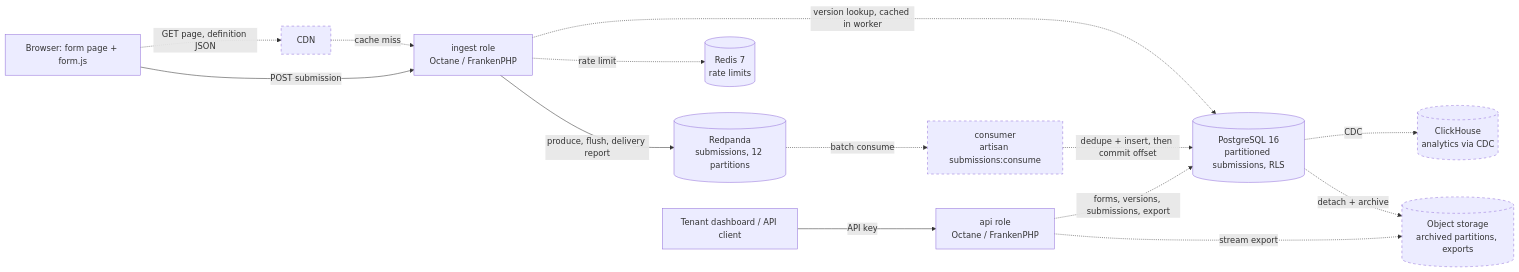
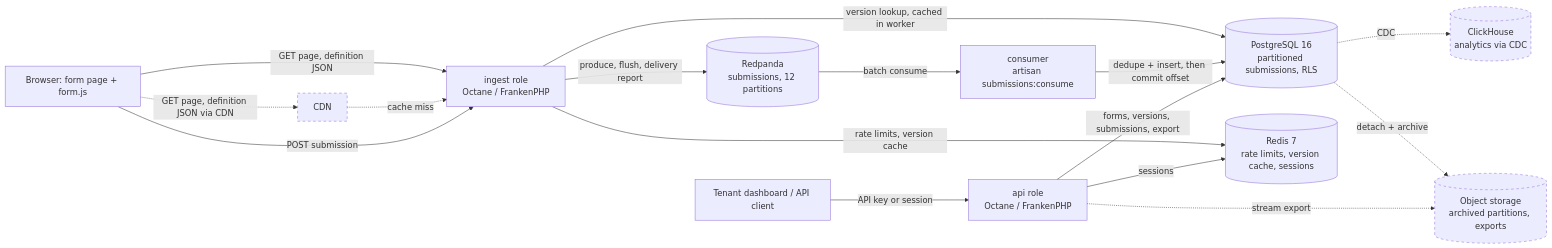
One commit to ajaypaju/webform changed the first of 2 diagrams in ARCHITECTURE.md. Above: the diagram before and after it, drawn with Mermaid. The commit also changed other lines of this file, not shown here.

Commit message:
test: make every test file self-sufficient and stop leaking database connections

````diff
--- a/ARCHITECTURE.md
+++ b/ARCHITECTURE.md
@@ -74,30 +72,32 @@
 ```mermaid
 flowchart LR
     B[Browser: form page + form.js]
     CDN[CDN]:::designed
     ING[ingest role<br/>Octane / FrankenPHP]
     API[api role<br/>Octane / FrankenPHP]
     RP[(Redpanda<br/>submissions, 12 partitions)]
-    CONS[consumer<br/>artisan submissions:consume]:::designed
+    CONS[consumer<br/>artisan submissions:consume]
     PG[(PostgreSQL 16<br/>partitioned submissions, RLS)]
-    RD[(Redis 7<br/>rate limits)]
+    RD[(Redis 7<br/>rate limits, version cache, sessions)]
     OS[(Object storage<br/>archived partitions, exports)]:::designed
     CH[(ClickHouse<br/>analytics via CDC)]:::designed
     T[Tenant dashboard / API client]
 
-    B -.->|GET page, definition JSON| CDN
+    B -->|GET page, definition JSON| ING
+    B -.->|GET page, definition JSON via CDN| CDN
     CDN -.->|cache miss| ING
     B -->|POST submission| ING
     ING -->|produce, flush, delivery report| RP
-    ING -.->|rate limit| RD
-    ING -.->|version lookup, cached in worker| PG
-    RP -.->|batch consume| CONS
-    CONS -.->|dedupe + insert, then commit offset| PG
-    T -->|API key| API
-    API -.->|forms, versions, submissions, export| PG
+    ING -->|rate limits, version cache| RD
+    ING -->|version lookup, cached in worker| PG
+    RP -->|batch consume| CONS
+    CONS -->|dedupe + insert, then commit offset| PG
+    T -->|API key or session| API
+    API -->|forms, versions, submissions, export| PG
+    API -->|sessions| RD
     PG -.->|CDC| CH
     PG -.->|detach + archive| OS
     API -.->|stream export| OS
 
     classDef designed stroke-dasharray: 5 5
 ```
````
